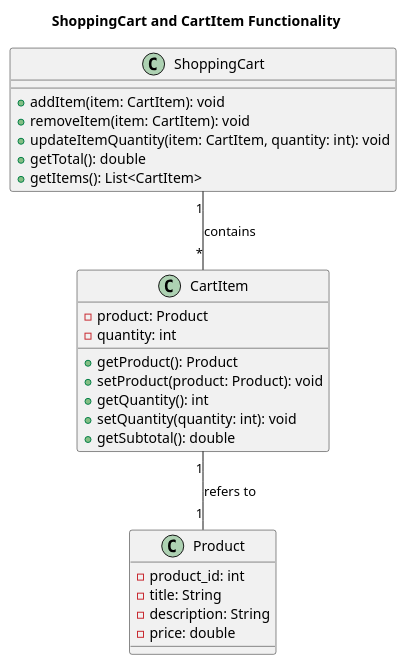
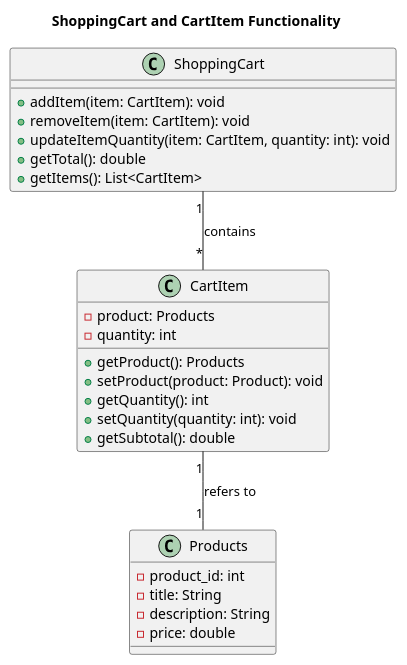
The diagram in src/main/resources/Diagrams/ShoppingCart.puml (Epiraino/AffordableAutomation), drawn with PlantUML before and after one commit. The commit also changed 4 other files, not shown here.

Commit message:
added software flow puml

```diff
--- a/src/main/resources/Diagrams/ShoppingCart.puml
+++ b/src/main/resources/Diagrams/ShoppingCart.puml
@@ -1,32 +1,32 @@
 @startuml
 title ShoppingCart and CartItem Functionality
 
 class ShoppingCart {
 +addItem(item: CartItem): void
 +removeItem(item: CartItem): void
 +updateItemQuantity(item: CartItem, quantity: int): void
 +getTotal(): double
 +getItems(): List<CartItem>
 }
 
 class CartItem {
--product: Product
+-product: Products
 -quantity: int
-+getProduct(): Product
++getProduct(): Products
 +setProduct(product: Product): void
 +getQuantity(): int
 +setQuantity(quantity: int): void
 +getSubtotal(): double
 }
 
-class Product {
+class Products {
 -product_id: int
 -title: String
 -description: String
 -price: double
 }
 
 ShoppingCart "1" -- "*" CartItem : contains
-CartItem "1" -- "1" Product : refers to
+CartItem "1" -- "1" Products : refers to
 
 @enduml
```
